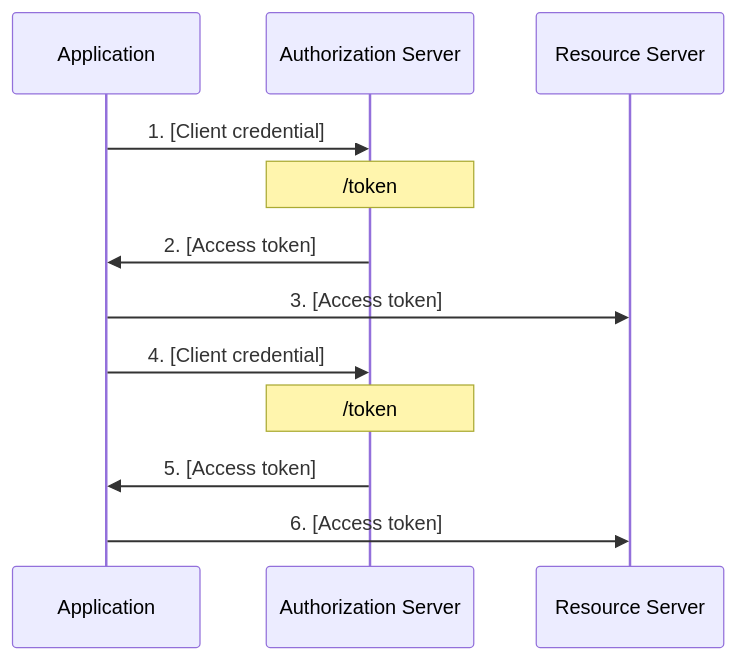
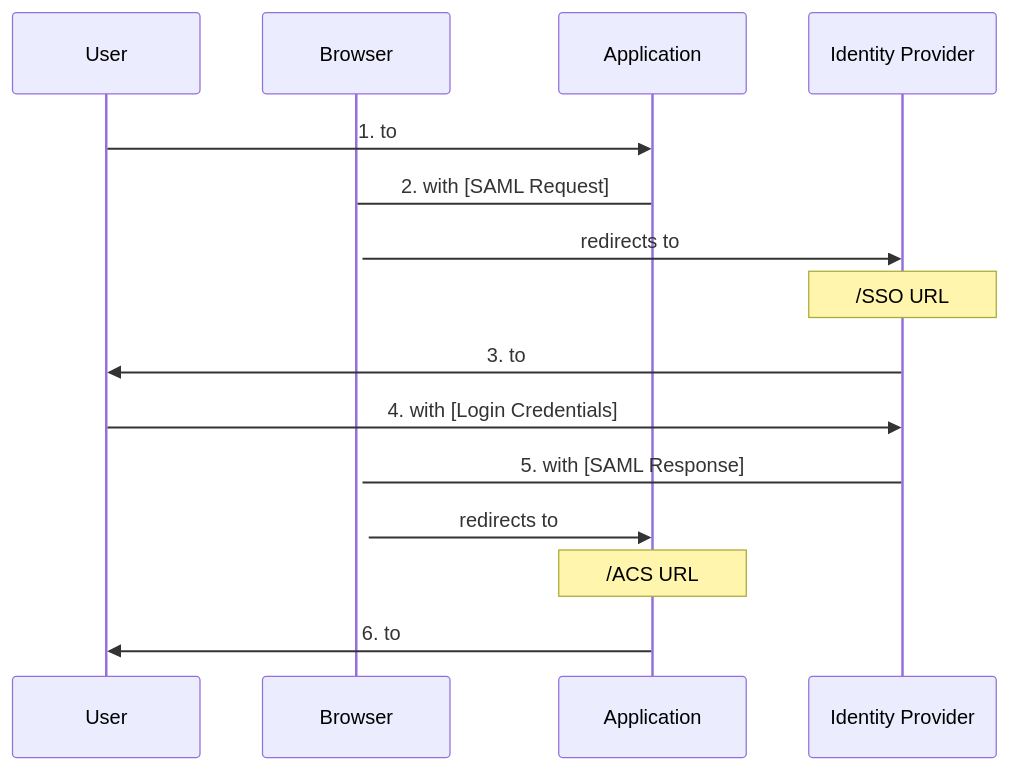
One commit to Octobug/blog changed the third of 3 diagrams in posts/sso-auth/README.md. Above: the diagram before and after it, drawn with Mermaid. The commit also changed other lines of this file and 2 other files, not shown here.

````diff
--- a/posts/sso-auth/README.md
+++ b/posts/sso-auth/README.md
@@ -48,20 +155,26 @@
 ```mermaid
 sequenceDiagram
-  participant Application
-  participant Authorization Server
-  participant Resource Server
 
-  Application->>Authorization Server: 1. [Client credential]
-  Note over Authorization Server: /token
+participant User
+participant Browser
+participant Application
+participant Identity Provider
 
-  Authorization Server->>Application: 2. [Access token]
+User->>Application: 1. to
 
-  Application->>Resource Server: 3. [Access token]
+Application->Browser: 2. with [SAML Request]
+Activate Browser
+Browser->>Identity Provider: redirects to
+Note over Identity Provider: /SSO URL
 
-  Application->>Authorization Server: 4. [Client credential]
-  Note over Authorization Server: /token
+Identity Provider->>User: 3. to
 
-  Authorization Server->>Application: 5. [Access token]
+User->>Identity Provider: 4. with [Login Credentials]
 
-  Application->>Resource Server: 6. [Access token]
+Identity Provider->Browser: 5. with [SAML Response]
+Activate Browser
+Browser->>Application: redirects to
+Note over Application: /ACS URL
+
+Application->>User: 6. to
 ```
````
